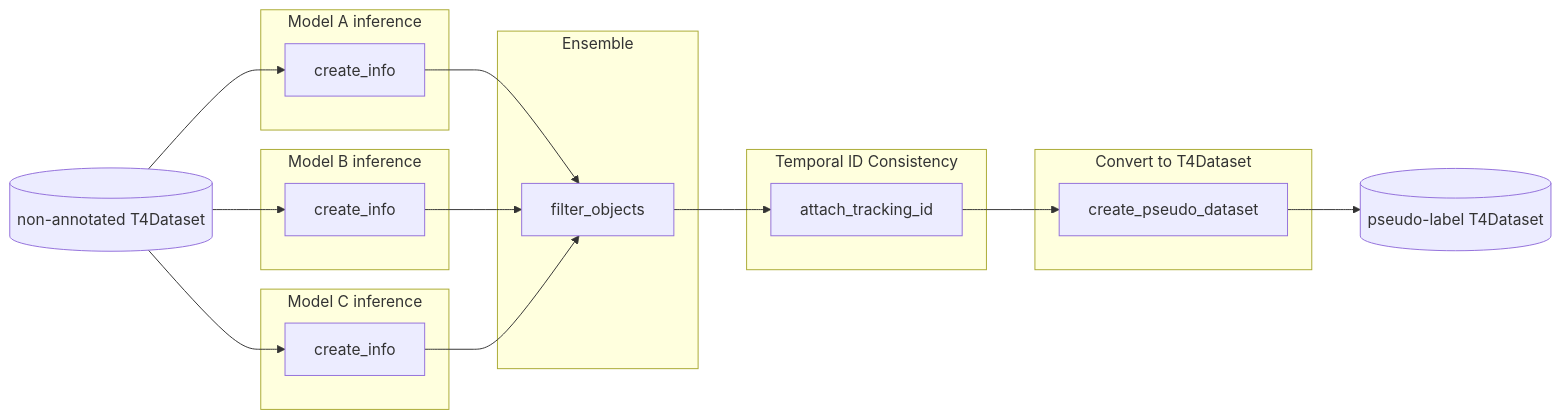
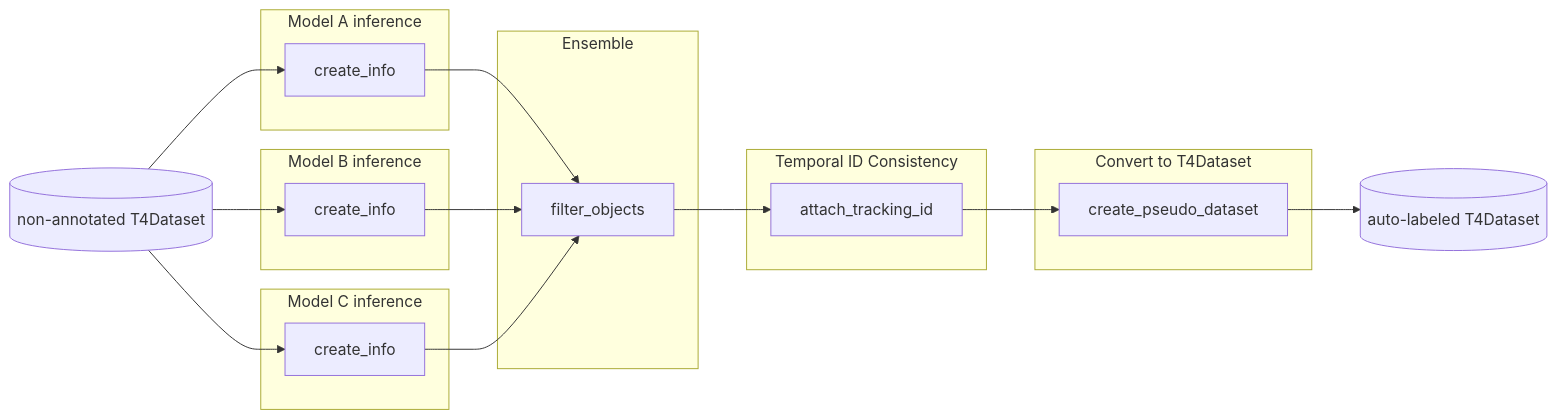
Before and after one commit to tier4/AWML: the diagram in tools/auto_labeling_3d/README.md, drawn with Mermaid. The commit also changed other lines of this file, not shown here.

Commit message:
docs(auto_labeling_3d): rename pseudo-label T4Dataset to auto-labeled T4Dataset (#143)

````diff
--- a/tools/auto_labeling_3d/README.md
+++ b/tools/auto_labeling_3d/README.md
@@ -7,49 +7,49 @@
 ```mermaid
 graph LR
     NADATA[(non-annotated T4Dataset)]
 
     subgraph "Model A inference"
         INFERENCE_A[create_info]
     end
 
     subgraph "Model B inference"
         INFERENCE_B[create_info]
     end
 
     subgraph "Model C inference"
         INFERENCE_C[create_info]
     end
 
     subgraph "Ensemble"
         ENSEMBLE[filter_objects]
     end
 
     subgraph "Temporal ID Consistency"
         TRACKING[attach_tracking_id]
     end
 
     subgraph "Convert to T4Dataset"
         CONVERT[create_pseudo_dataset]
     end
 
-    DATA[(pseudo-label T4Dataset)]
+    DATA[(auto-labeled T4Dataset)]
 
     NADATA --> INFERENCE_A
     NADATA --> INFERENCE_B
     NADATA --> INFERENCE_C
 
     INFERENCE_A --> ENSEMBLE
     INFERENCE_B --> ENSEMBLE
     INFERENCE_C --> ENSEMBLE
 
     ENSEMBLE --> TRACKING
     TRACKING --> CONVERT
     CONVERT --> DATA
 
     click INFERENCE_A "https://github.com/tier4/AWML/tree/main/tools/auto_labeling_3d#step-31-create-info-file-from-non-annotated-t4dataset"
     click INFERENCE_B "https://github.com/tier4/AWML/tree/main/tools/auto_labeling_3d#step-31-create-info-file-from-non-annotated-t4dataset"
     click INFERENCE_C "https://github.com/tier4/AWML/tree/main/tools/auto_labeling_3d#step-31-create-info-file-from-non-annotated-t4dataset"
     click ENSEMBLE "https://github.com/tier4/AWML/tree/main/tools/auto_labeling_3d#step-32-filter-and-ensemble-results"
     click TRACKING "https://github.com/tier4/AWML/tree/main/tools/auto_labeling_3d#step-33-attach-tracking-ids"
-    click CONVERT "https://github.com/tier4/AWML/tree/main/tools/auto_labeling_3d#step-34-create-pseudo-t4dataset"
+    click CONVERT "https://github.com/tier4/AWML/tree/main/tools/auto_labeling_3d#step-34-create-the-auto-labeled-t4dataset"
 ```
````
